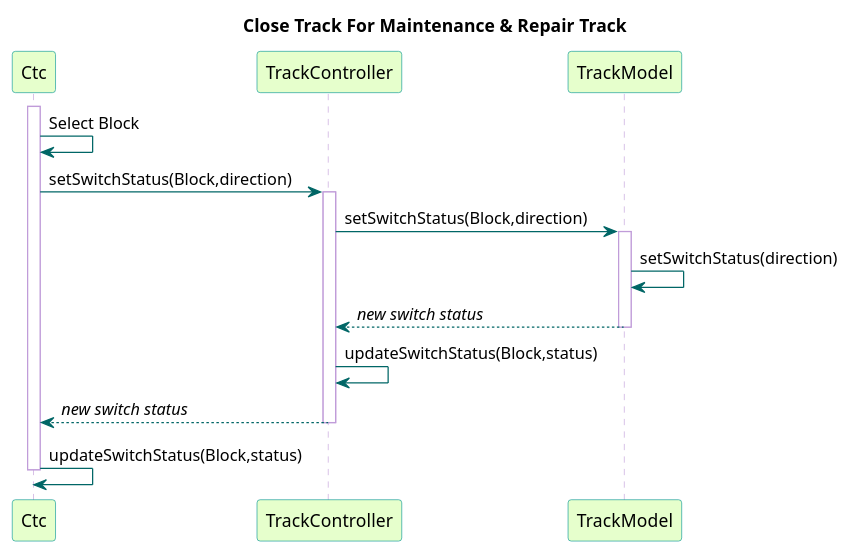
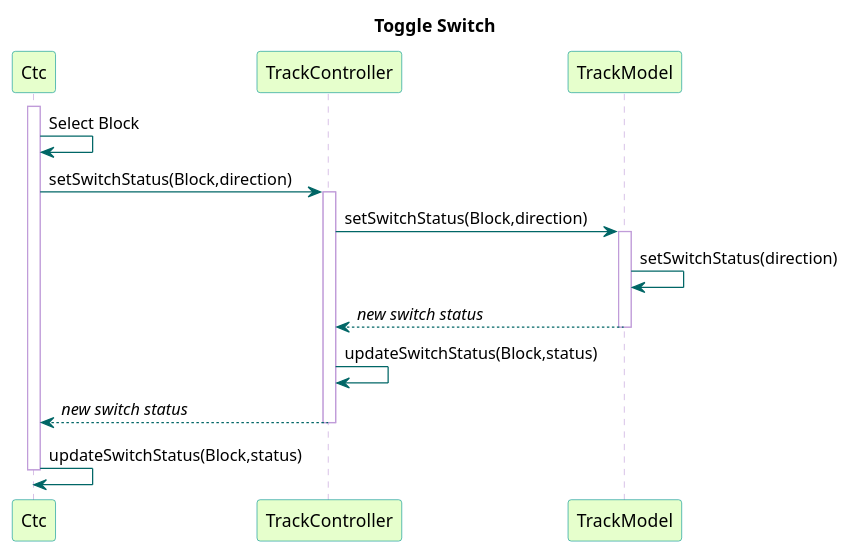
Before and after one commit to kevingilboy/COE1186: the diagram in TrainSystem/yUML/Sequence Diagrams/Overall/ToggleSwitch.pu, drawn with PlantUML. The commit also changed 3 other files, not shown here.

```diff
--- a/TrainSystem/yUML/Sequence Diagrams/Overall/ToggleSwitch.pu
+++ b/TrainSystem/yUML/Sequence Diagrams/Overall/ToggleSwitch.pu
@@ -1,36 +1,36 @@
 @startuml
 
-title Close Track For Maintenance & Repair Track
+title Toggle Switch
 
 skinparam sequence {
   BackgroundColor transparent
   ParticipantBackgroundColor #e6ffcc
   ParticipantBorderColor 	#049595
   PackageBorderCOlor  #049595
   ArrowColor #006666
   LifeLineBorderColor #c09cd9
 }
 
 participant Ctc
 participant TrackController
 participant TrackModel
 
 activate Ctc
 Ctc -> Ctc : Select Block
 Ctc -> TrackController : setSwitchStatus(Block,direction)
 
 activate TrackController
 TrackController -> TrackModel : setSwitchStatus(Block,direction)
 
 activate TrackModel
 TrackModel -> TrackModel : setSwitchStatus(direction)
 TrackModel --> TrackController : //new switch status//
 deactivate TrackModel
 
 TrackController -> TrackController : updateSwitchStatus(Block,status)
 TrackController --> Ctc : //new switch status//
 deactivate TrackController
 
 Ctc -> Ctc : updateSwitchStatus(Block,status)
 deactivate Ctc
 @enduml
```
